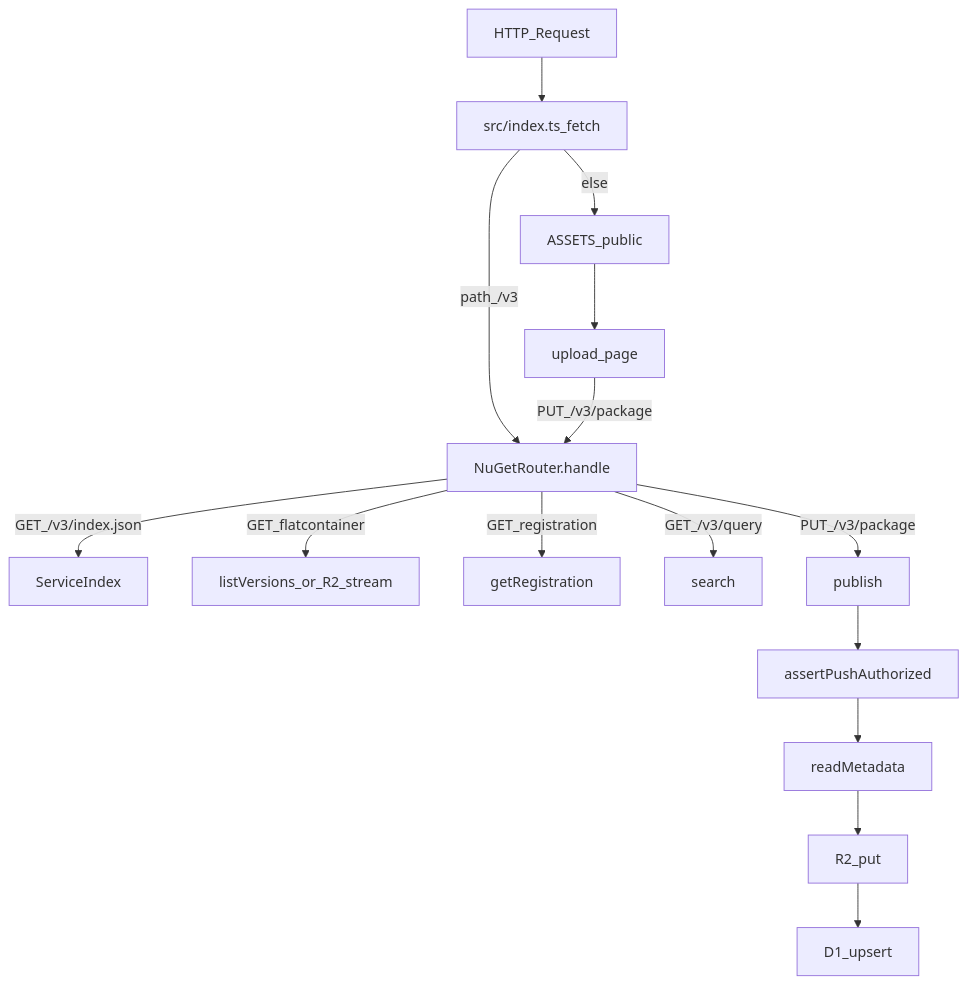
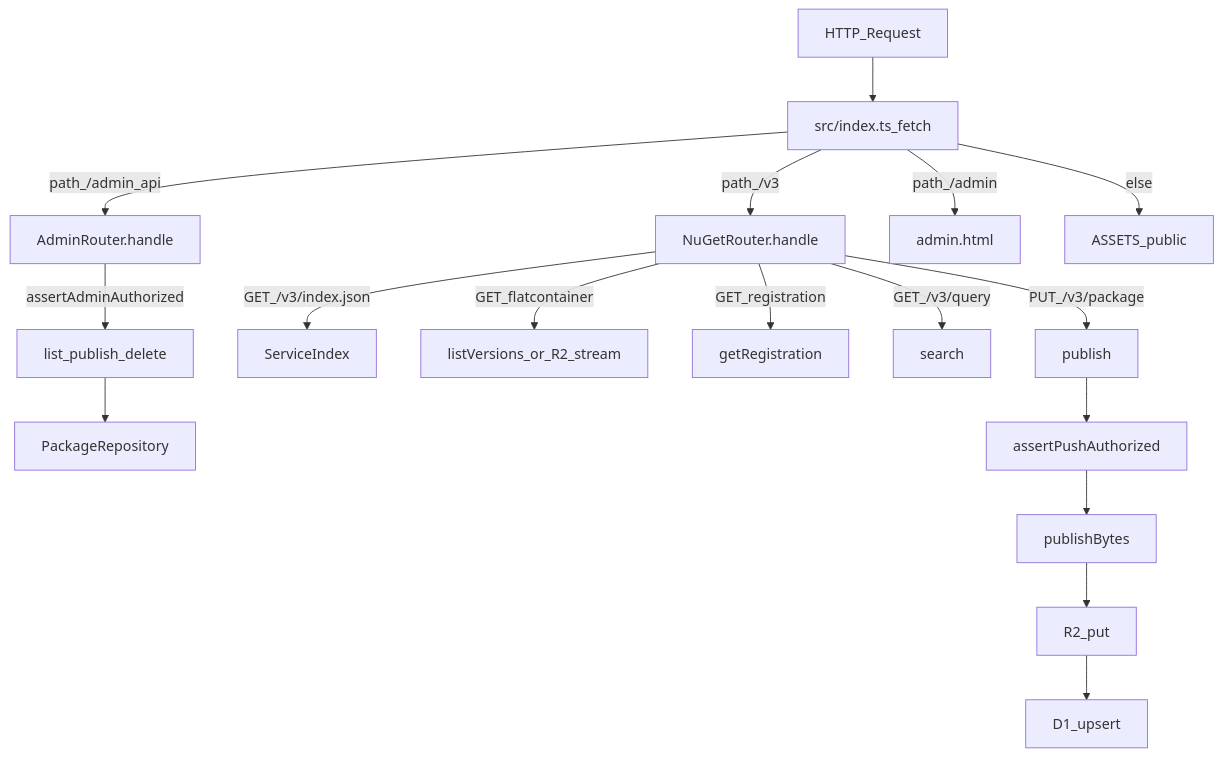
The second of 3 diagrams in docs/nuget-feed.struct.md (Xanvil/PluginService), drawn with Mermaid before and after one commit. The commit also changed other lines of this file and 17 other files, not shown here.

````diff
--- a/docs/nuget-feed.struct.md
+++ b/docs/nuget-feed.struct.md
@@ -57,17 +69,19 @@
 ```mermaid
 flowchart TD
   req[HTTP_Request] --> entry[src/index.ts_fetch]
   entry -->|path_/v3| router[NuGetRouter.handle]
+  entry -->|path_/admin_api| admin[AdminRouter.handle]
+  entry -->|path_/admin| adminHtml[admin.html]
   entry -->|else| assets[ASSETS_public]
-  assets --> page[upload_page]
-  page -->|PUT_/v3/package| router
+  admin -->|assertAdminAuthorized| adminOps[list_publish_delete]
+  adminOps --> repo[PackageRepository]
   router -->|GET_/v3/index.json| index[ServiceIndex]
   router -->|GET_flatcontainer| flat[listVersions_or_R2_stream]
   router -->|GET_registration| reg[getRegistration]
   router -->|GET_/v3/query| search[search]
   router -->|PUT_/v3/package| pub[publish]
   pub --> auth[assertPushAuthorized]
-  auth --> parse[readMetadata]
+  auth --> parse[publishBytes]
   parse --> r2[R2_put]
   r2 --> d1[D1_upsert]
 ```
````
